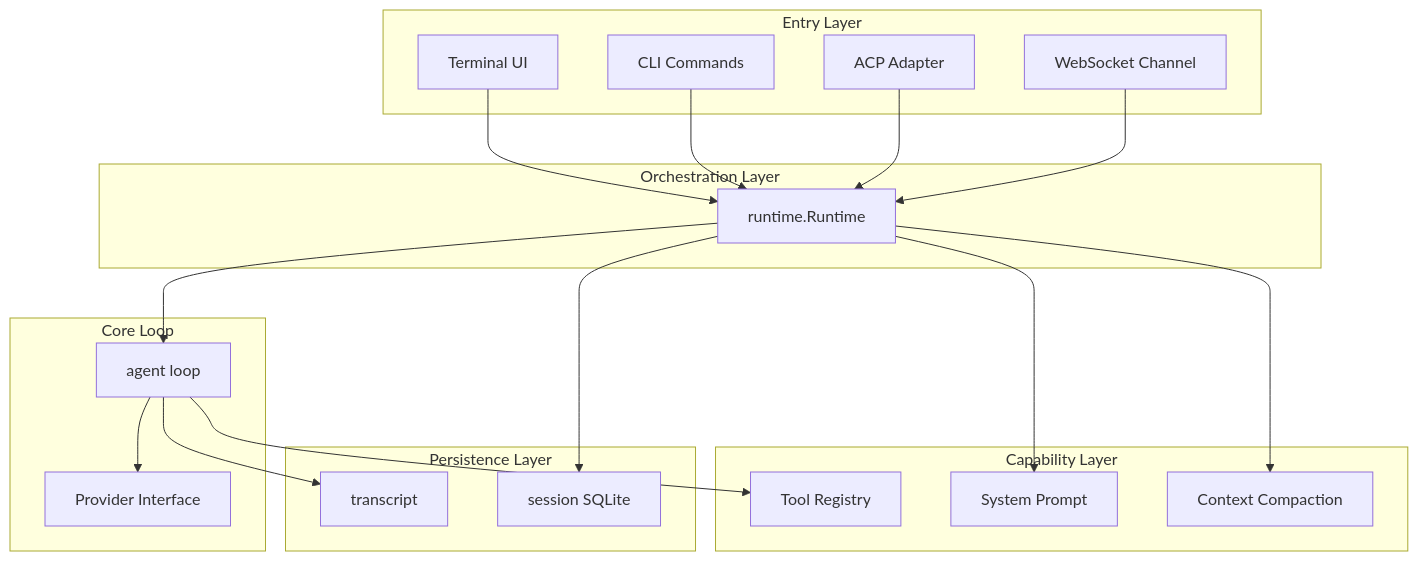
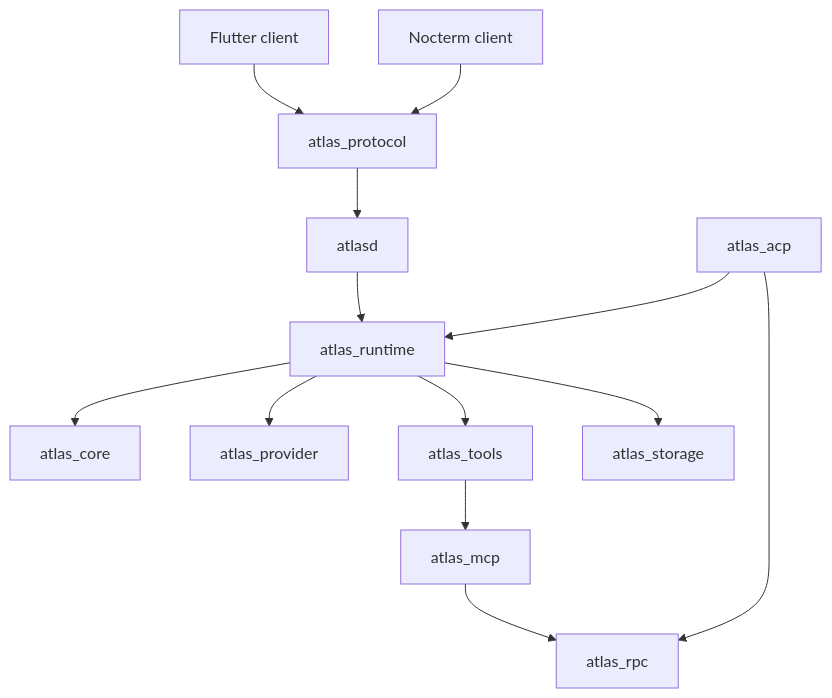
One commit to gvenusleo/Atlas changed the diagram in docs/architecture.md. Above: the diagram before and after it, drawn with Mermaid. The commit also changed other lines of this file and 266 other files, not shown here.

````diff
--- a/docs/architecture.md
+++ b/docs/architecture.md
@@ -9,41 +11,15 @@
 ```mermaid
 graph TD
-    subgraph Entry Layer
-        TUI[Terminal UI]
-        CLI[CLI Commands]
-        ACP[ACP Adapter]
-        WS[WebSocket Channel]
-    end
-
-    subgraph Orchestration Layer
-        RT[runtime.Runtime]
-    end
-
-    subgraph Core Loop
-        AG[agent loop]
-        PR[Provider Interface]
-    end
-
-    subgraph Capability Layer
-        TOOLS[Tool Registry]
-        PRMPT[System Prompt]
-        CMP[Context Compaction]
-    end
-
-    subgraph Persistence Layer
-        TR[transcript]
-        SS[session SQLite]
-    end
-
-    TUI --> RT
-    CLI --> RT
-    ACP --> RT
-    WS --> RT
-    RT --> AG
-    AG --> PR
-    AG --> TOOLS
-    RT --> PRMPT
-    RT --> CMP
-    AG --> TR
-    RT --> SS
+    FL[Flutter client] --> AP[atlas_protocol]
+    TUI[Nocterm client] --> AP
+    AP --> D[atlasd]
+    ACP[atlas_acp] --> RT[atlas_runtime]
+    D --> RT
+    RT --> CORE[atlas_core]
+    RT --> PROVIDER[atlas_provider]
+    RT --> TOOLS[atlas_tools]
+    RT --> STORAGE[atlas_storage]
+    TOOLS --> MCP[atlas_mcp]
+    ACP --> RPC[atlas_rpc]
+    MCP --> RPC
 ```
````
